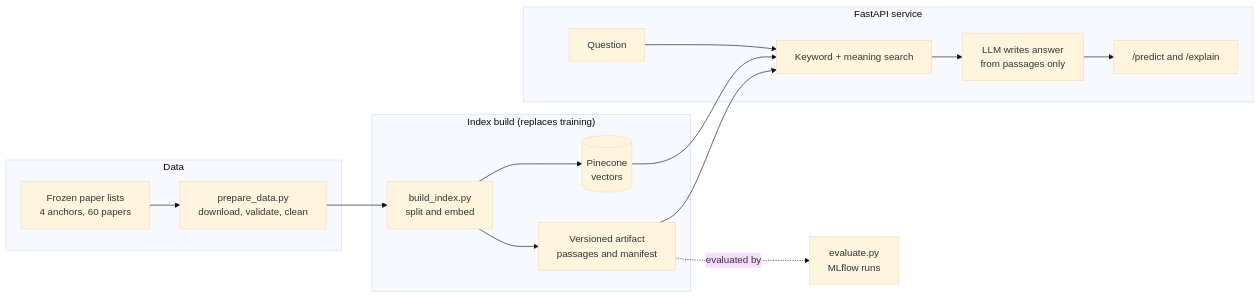
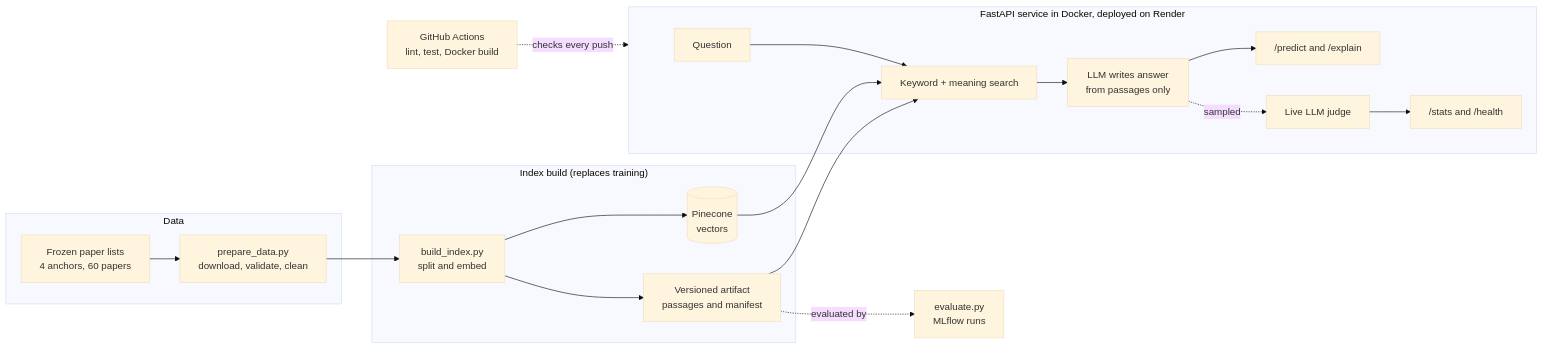
The diagram in README.md (Rockybhaie/anchor-paper-rag-pipeline), drawn with Mermaid (base theme) before and after one commit. The commit also changed other lines of this file, not shown here.

Commit message:
Add deployment steps, the live URL and Docker and monitoring sections to the README

````diff
--- a/README.md
+++ b/README.md
@@ -7,19 +7,22 @@
 ```mermaid
 flowchart LR
     subgraph Data
         A[Frozen paper lists<br/>4 anchors, 60 papers] --> B[prepare_data.py<br/>download, validate, clean]
     end
     subgraph Index["Index build (replaces training)"]
         B --> C[build_index.py<br/>split and embed]
         C --> D[(Pinecone<br/>vectors)]
         C --> E[Versioned artifact<br/>passages and manifest]
     end
-    subgraph API["FastAPI service"]
+    subgraph API["FastAPI service in Docker, deployed on Render"]
         F[Question] --> G[Keyword + meaning search]
         D --> G
         E --> G
         G --> H[LLM writes answer<br/>from passages only]
         H --> I["/predict and /explain"]
+        H -. sampled .-> K[Live LLM judge]
+        K --> L["/stats and /health"]
     end
     E -. evaluated by .-> J[evaluate.py<br/>MLflow runs]
+    M[GitHub Actions<br/>lint, test, Docker build] -. checks every push .-> API
 ```
````
